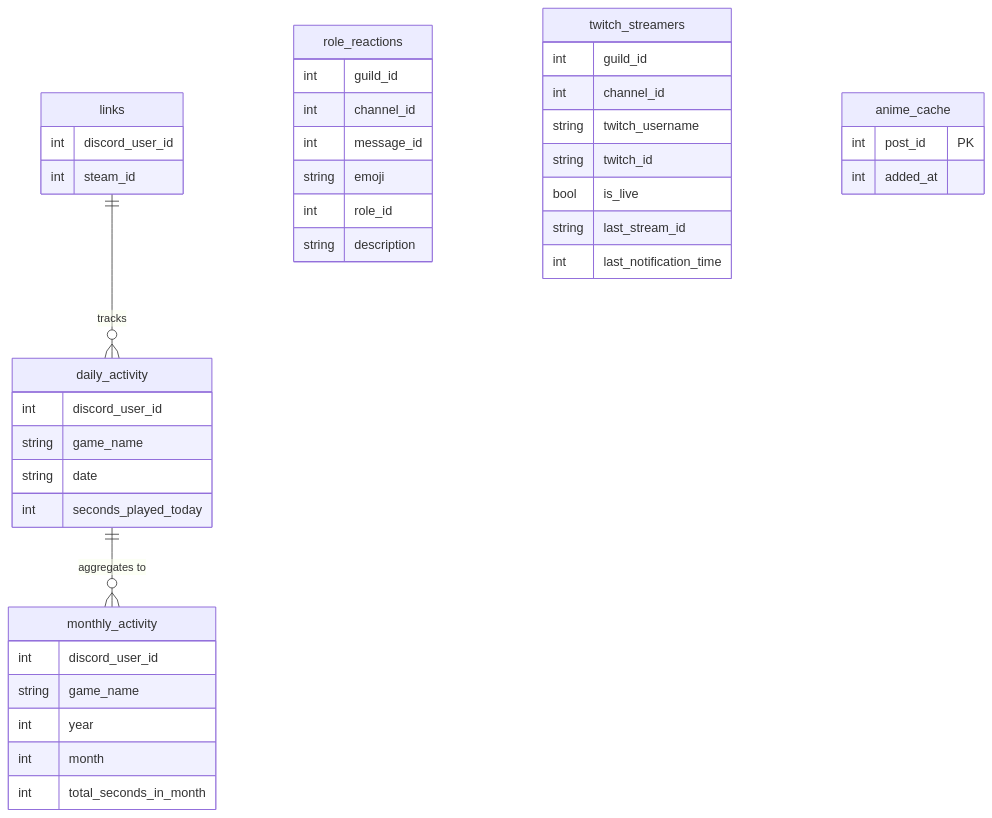
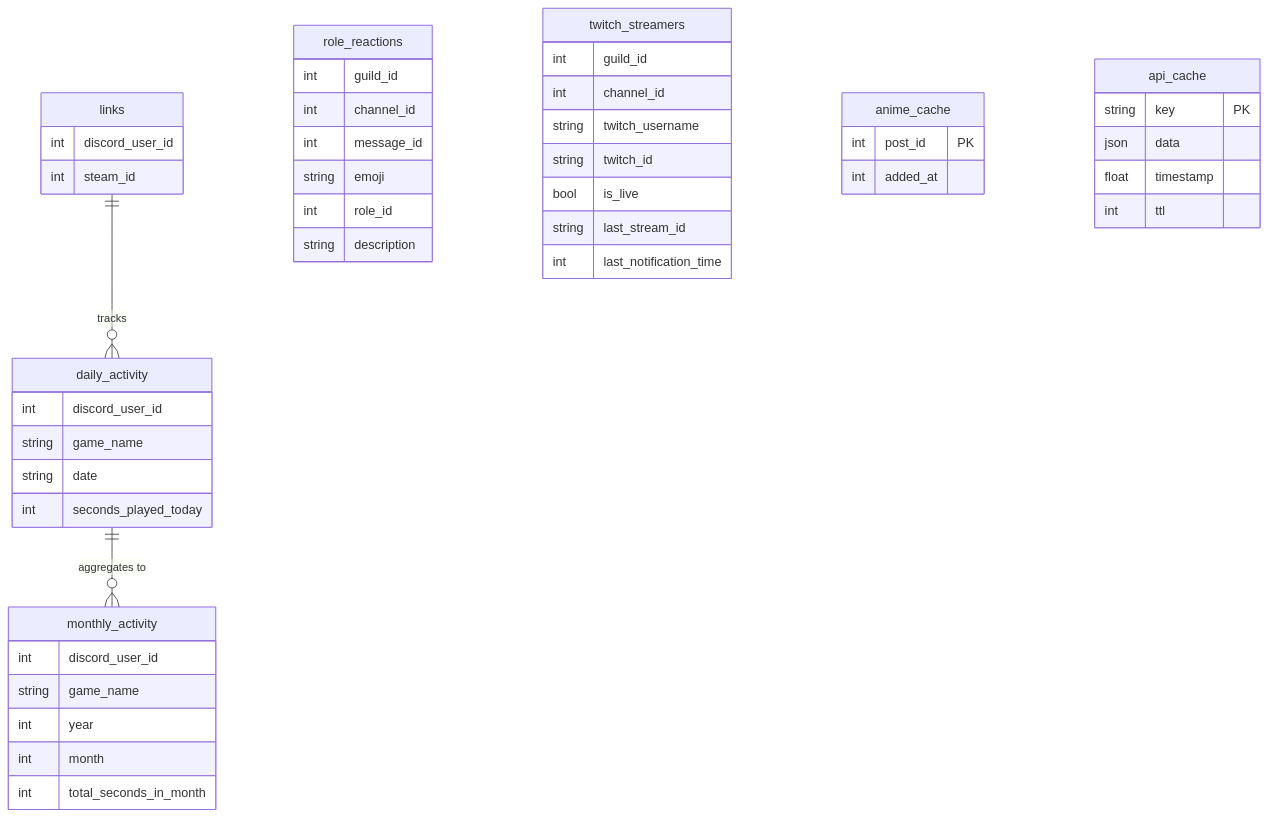
The seventh of 10 diagrams in docs/ARCHITECTURE.md (Twinlab/pd_bot), drawn with Mermaid before and after one commit. The commit also changed 15 other files, not shown here.

````diff
--- a/docs/ARCHITECTURE.md
+++ b/docs/ARCHITECTURE.md
@@ -179,49 +179,56 @@
 ```mermaid
 erDiagram
     links {
         int discord_user_id
         int steam_id
     }
 
     daily_activity {
         int discord_user_id
         string game_name
         string date
         int seconds_played_today
     }
 
     monthly_activity {
         int discord_user_id
         string game_name
         int year
         int month
         int total_seconds_in_month
     }
 
     role_reactions {
         int guild_id
         int channel_id
         int message_id
         string emoji
         int role_id
         string description
     }
 
     twitch_streamers {
         int guild_id
         int channel_id
         string twitch_username
         string twitch_id
         bool is_live
         string last_stream_id
         int last_notification_time
     }
 
     anime_cache {
         int post_id PK
         int added_at
     }
 
+    api_cache {
+        string key PK
+        json data
+        float timestamp
+        int ttl
+    }
+
     links ||--o{ daily_activity : "tracks"
     daily_activity ||--o{ monthly_activity : "aggregates to"
 ```
````
